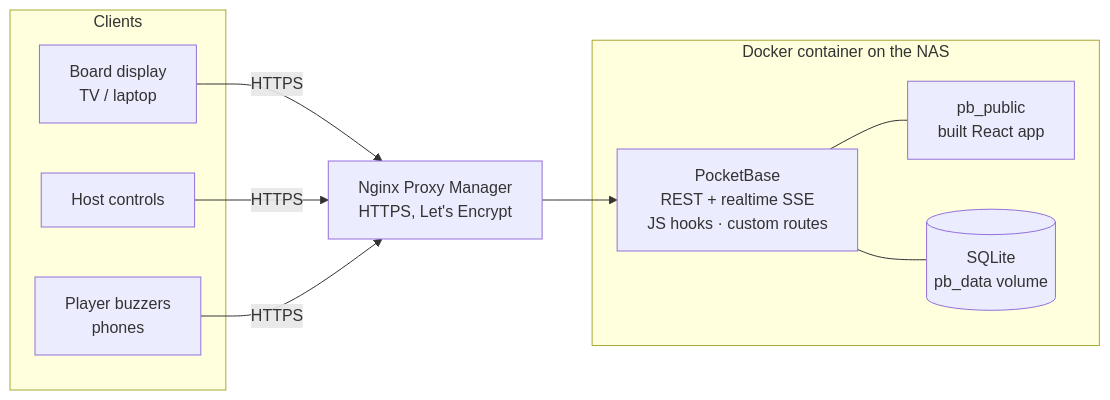
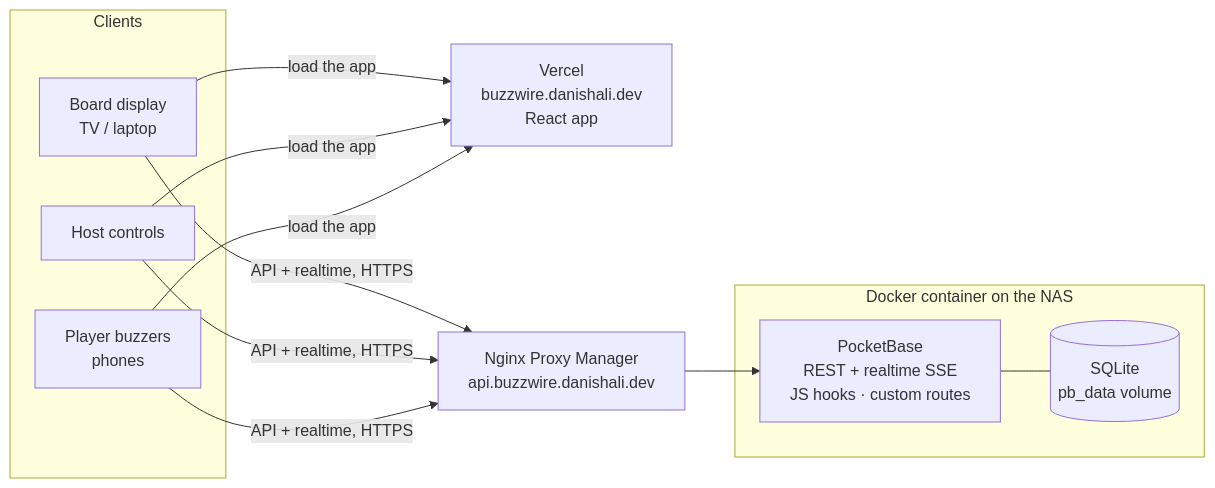
Before and after one commit to Danish12196/jeopardy: the diagram in README.md, drawn with Mermaid. The commit also changed other lines of this file and 7 other files, not shown here.

First line of the commit message:
Split deployment: Vercel frontend, PocketBase on the NAS

````diff
--- a/README.md
+++ b/README.md
@@ -11,17 +11,16 @@
 ```mermaid
 flowchart LR
   subgraph Clients
     TV[Board display<br/>TV / laptop]
     Host[Host controls]
     Phones[Player buzzers<br/>phones]
   end
-  NPM[Nginx Proxy Manager<br/>HTTPS, Let's Encrypt]
-  subgraph Container[Docker container on the NAS]
+  Vercel[Vercel<br/>buzzwire.danishali.dev<br/>React app]
+  NPM[Nginx Proxy Manager<br/>api.buzzwire.danishali.dev]
+  subgraph NAS[Docker container on the NAS]
     PB[PocketBase<br/>REST + realtime SSE<br/>JS hooks · custom routes]
-    Public[pb_public<br/>built React app]
     DB[(SQLite<br/>pb_data volume)]
   end
-  TV & Host & Phones -->|HTTPS| NPM --> PB
-  PB --- Public
-  PB --- DB
+  TV & Host & Phones -->|load the app| Vercel
+  TV & Host & Phones -->|API + realtime, HTTPS| NPM --> PB --- DB
 ```
````
